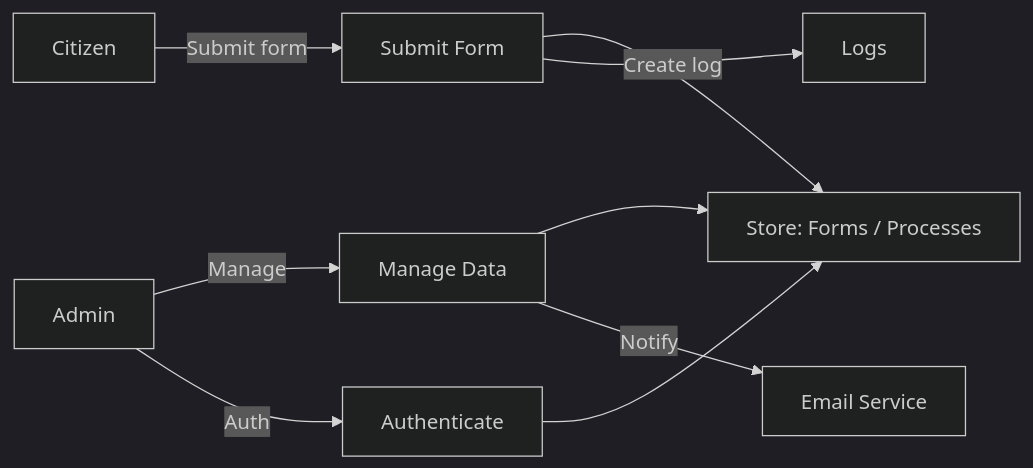
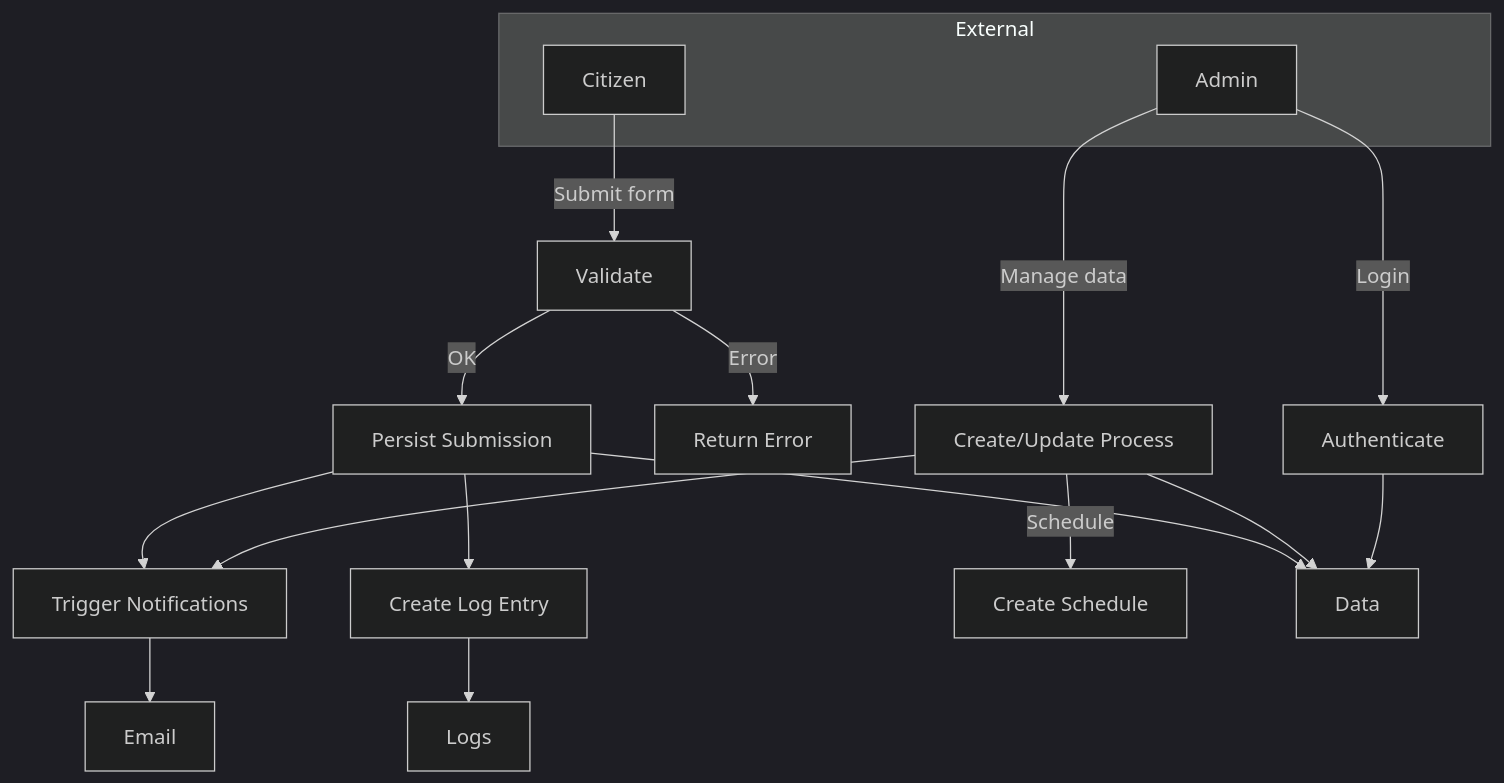
The second of 2 diagrams in DFD.md (koiboiiiii/barangayWorksJS), drawn with Mermaid (dark theme) before and after one commit. The commit also changed other lines of this file, not shown here.

Commit message:
modified:   DFD.md

````diff
--- a/DFD.md
+++ b/DFD.md
@@ -16,13 +16,25 @@
 ```mermaid
-graph LR
-  Citizen -->|Submit form| Submit["Submit Form"]
-  Admin -->|Manage| Manage["Manage Data"]
-  Admin -->|Auth| Auth["Authenticate"]
+flowchart TD
+  subgraph External
+    U["Citizen"]
+    A["Admin"]
+  end
 
-  Submit --> DB["Store: Forms / Processes"]
-  Manage --> DB
-  Auth --> DB
+  U -->|Submit form| Validate["Validate"]
+  Validate -->|OK| Persist["Persist Submission"]
+  Validate -->|Error| Reject["Return Error"]
 
-  Manage -->|Notify| Mail["Email Service"]
-  Submit -->|Create log| Logs["Logs"]
+  Persist --> Notify["Trigger Notifications"]
+  Notify --> Email
+  Persist --> Log["Create Log Entry"]
+
+  A -->|Login| Auth["Authenticate"]
+  A -->|Manage data| Manage["Create/Update Process"]
+  Manage -->|Schedule| Schedule["Create Schedule"]
+  Manage --> Notify
+
+  Persist --> Data
+  Manage --> Data
+  Auth --> Data
+  Log --> Logs
 ```
````
